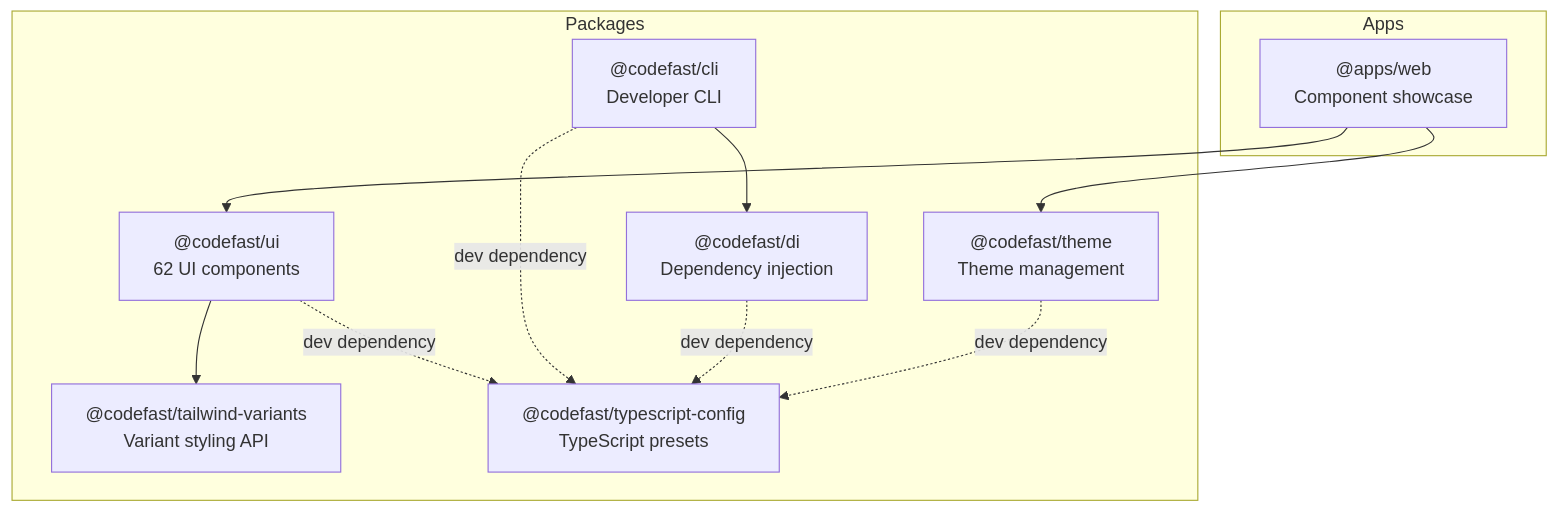
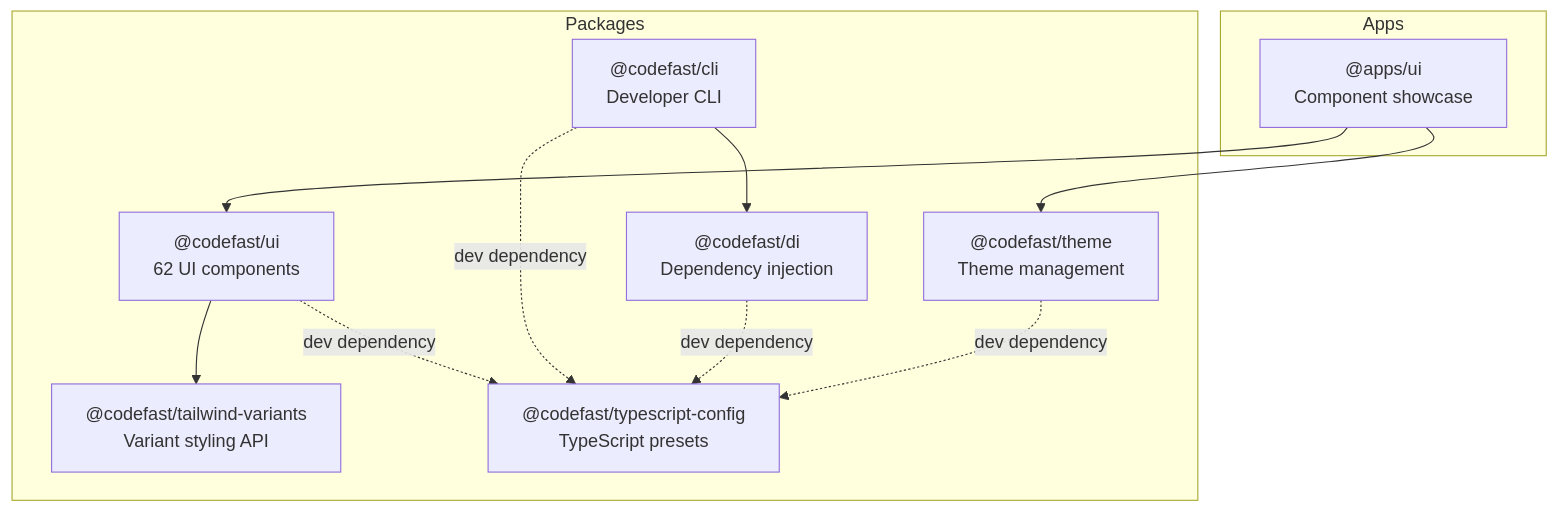
One commit to codefastlabs/codefast changed the diagram in README.md. Above: the diagram before and after it, drawn with Mermaid. The commit also changed other lines of this file and 809 other files, not shown here.

````diff
--- a/README.md
+++ b/README.md
@@ -69,24 +69,24 @@
 ```mermaid
 graph TD
   subgraph apps [Apps]
-    Web["@apps/web<br/>Component showcase"]
+    Web["@apps/ui<br/>Component showcase"]
   end
 
   subgraph packages [Packages]
     UI["@codefast/ui<br/>62 UI components"]
     TV["@codefast/tailwind-variants<br/>Variant styling API"]
     Theme["@codefast/theme<br/>Theme management"]
     DI["@codefast/di<br/>Dependency injection"]
     CLI["@codefast/cli<br/>Developer CLI"]
     TSConfig["@codefast/typescript-config<br/>TypeScript presets"]
   end
 
   Web --> UI
   Web --> Theme
   UI --> TV
   CLI --> DI
   UI -.->|dev dependency| TSConfig
   CLI -.->|dev dependency| TSConfig
   DI -.->|dev dependency| TSConfig
   Theme -.->|dev dependency| TSConfig
 ```
````
